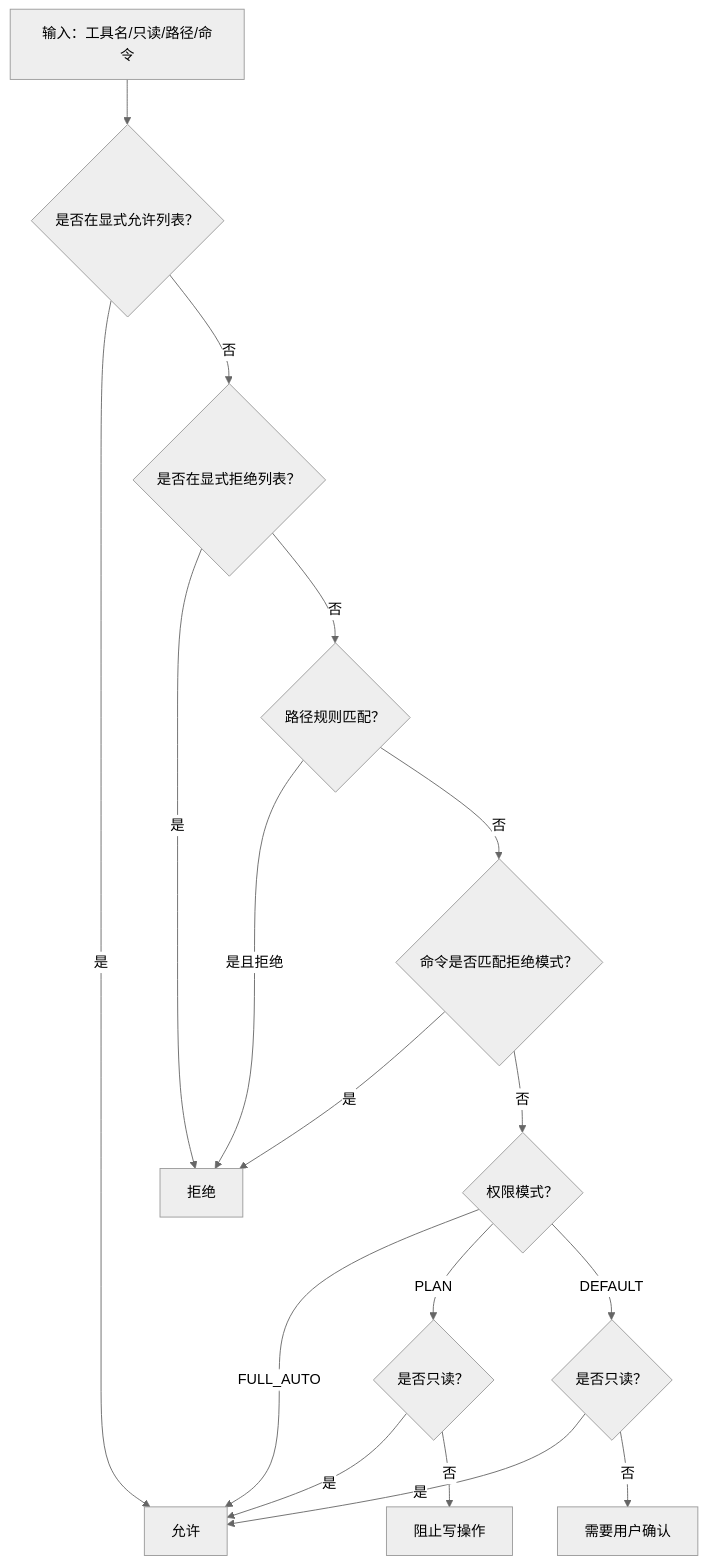
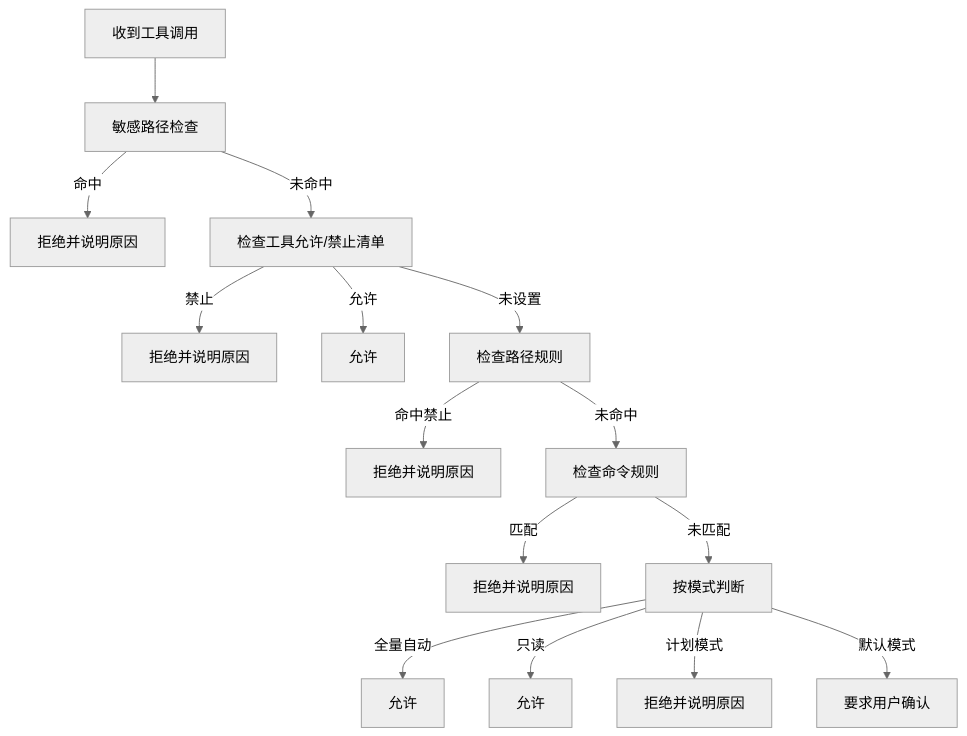
One commit to haolange/OpenHarness changed the fifth of 9 diagrams in .qoder/repowiki/zh/content/核心概念/核心概念.md. Above: the diagram before and after it, drawn with Mermaid (neutral theme). The commit also changed other lines of this file and 222 other files, not shown here.

````diff
--- a/.qoder/repowiki/zh/content/核心概念/核心概念.md
+++ b/.qoder/repowiki/zh/content/核心概念/核心概念.md
@@ -315,19 +291,17 @@
 ```mermaid
 flowchart TD
-IN["输入：工具名/只读/路径/命令"] --> WL{"是否在显式允许列表？"}
-WL --> |是| ALLOW["允许"]
-WL --> |否| BL{"是否在显式拒绝列表？"}
-BL --> |是| DENY["拒绝"]
-BL --> |否| PR{"路径规则匹配？"}
-PR --> |是且拒绝| DENY
-PR --> |否| CMD{"命令是否匹配拒绝模式？"}
-CMD --> |是| DENY
-CMD --> |否| MODE{"权限模式？"}
-MODE --> |FULL_AUTO| ALLOW
-MODE --> |PLAN| RO{"是否只读？"}
-RO --> |是| ALLOW
-RO --> |否| BLOCK["阻止写操作"]
-MODE --> |DEFAULT| RO2{"是否只读？"}
-RO2 --> |是| ALLOW
-RO2 --> |否| CONF["需要用户确认"]
+A["收到工具调用"] --> B["敏感路径检查"]
+B --> |命中| DENY1["拒绝并说明原因"]
+B --> |未命中| C["检查工具允许/禁止清单"]
+C --> |禁止| DENY2["拒绝并说明原因"]
+C --> |允许| ALLOW1["允许"]
+C --> |未设置| D["检查路径规则"]
+D --> |命中禁止| DENY3["拒绝并说明原因"]
+D --> |未命中| E["检查命令规则"]
+E --> |匹配| DENY4["拒绝并说明原因"]
+E --> |未匹配| F["按模式判断"]
+F --> |全量自动| ALLOW2["允许"]
+F --> |只读| ALLOW3["允许"]
+F --> |计划模式| DENY5["拒绝并说明原因"]
+F --> |默认模式| CONFIRM["要求用户确认"]
 ```
````
